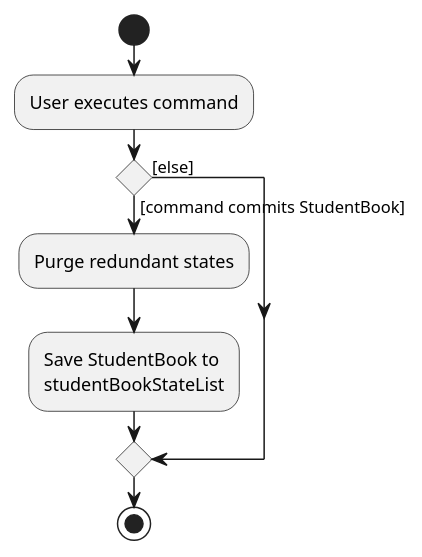
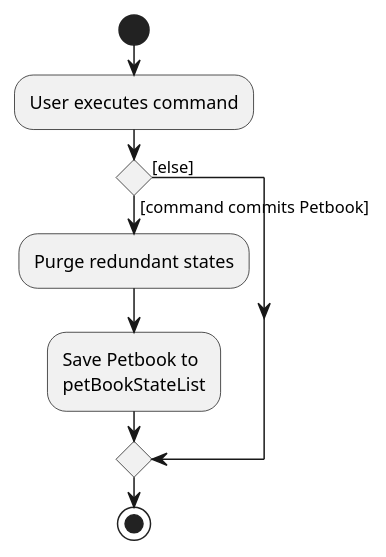
One commit to nus-cs2103-AY2122S2/tp changed the diagram in docs/diagrams/CommitActivityDiagram.puml. Above: the diagram before and after it, drawn with PlantUML. The commit also changed 2 other files, not shown here.

Commit message:
Update fix for DG Change charge typo error. Change uml diagram for Commit

```diff
--- a/docs/diagrams/CommitActivityDiagram.puml
+++ b/docs/diagrams/CommitActivityDiagram.puml
@@ -1,15 +1,15 @@
 @startuml
 start
 :User executes command;
 
 'Since the beta syntax does not support placing the condition outside the
 'diamond we place it as the true branch instead.
 
-if () then ([command commits StudentBook])
+if () then ([command commits Petbook])
     :Purge redundant states;
-    :Save StudentBook to
-    studentBookStateList;
+    :Save Petbook to
+    petBookStateList;
 else ([else])
 endif
 stop
 @enduml
```
